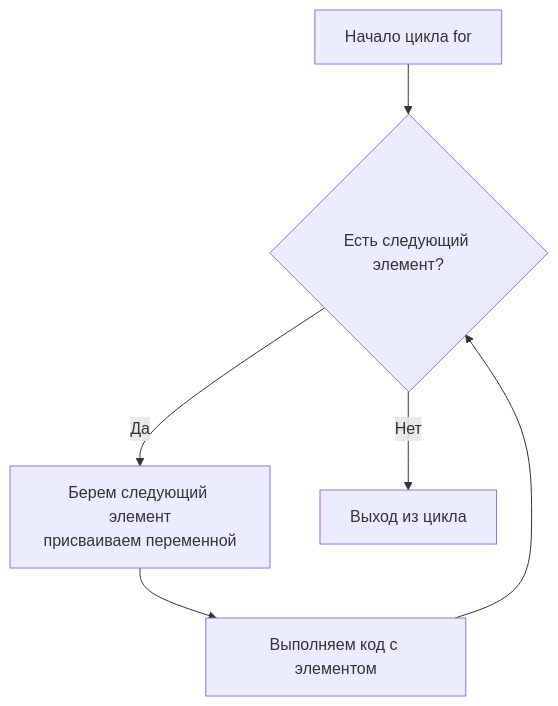
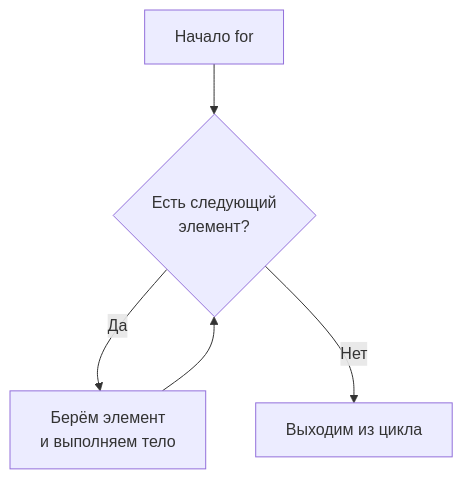
Before and after one commit to RestartLexinus/SchoolMD: the second of 2 diagrams in Python/Теория/003_Python_Циклы.md, drawn with Mermaid. The commit also changed other lines of this file and 14 other files, not shown here.

````diff
--- a/Python/Теория/003_Python_Циклы.md
+++ b/Python/Теория/003_Python_Циклы.md
@@ -155,8 +190,7 @@
 ```mermaid
 flowchart TD
-    A[Начало цикла for] --> B{Есть следующий элемент?}
-    B -- Да --> C[Берем следующий элемент<br>присваиваем переменной]
-    C --> D[Выполняем код с элементом]
-    D --> B
-    B -- Нет --> E[Выход из цикла]
+    A[Начало for] --> B{Есть следующий<br>элемент?}
+    B -- Да --> C[Берём элемент<br>и выполняем тело]
+    C --> B
+    B -- Нет --> D[Выходим из цикла]
 ```
````
